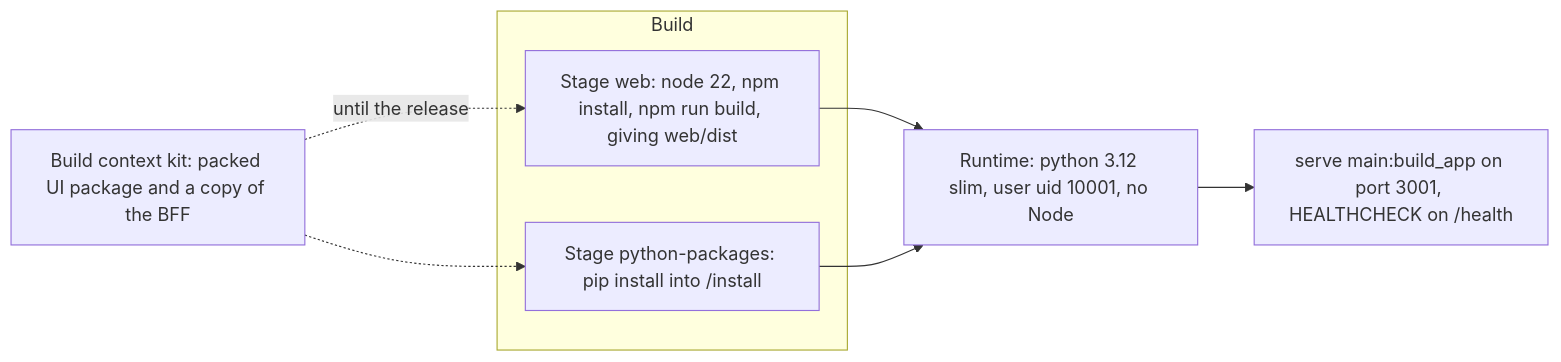
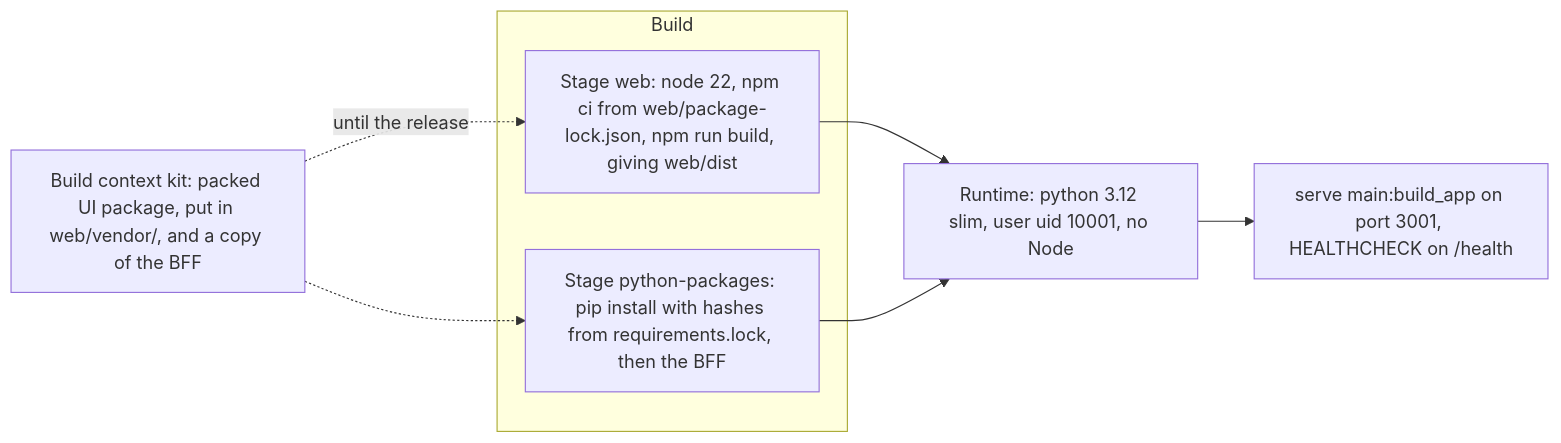
Before and after one commit to eneo-ai/eneo-module-kit: diagram 11 of 13 in docs/architecture.md, drawn with Mermaid. The commit also changed 5 other files, not shown here.

Commit message:
docs: the template's locks and vendor flow, the Node ranges, and React Router's Link passed as it is

````diff
--- a/docs/architecture.md
+++ b/docs/architecture.md
@@ -277,12 +277,12 @@
 ```mermaid
 flowchart LR
   subgraph build["Build"]
-    web["Stage web: node 22, npm install, npm run build, giving web/dist"]
-    pkgs["Stage python-packages: pip install into /install"]
+    web["Stage web: node 22, npm ci from web/package-lock.json, npm run build, giving web/dist"]
+    pkgs["Stage python-packages: pip install with hashes from requirements.lock, then the BFF"]
   end
-  kit["Build context kit: packed UI package and a copy of the BFF"] -.->|"until the release"| web
+  kit["Build context kit: packed UI package, put in web/vendor/, and a copy of the BFF"] -.->|"until the release"| web
   kit -.-> pkgs
   web --> run["Runtime: python 3.12 slim, user uid 10001, no Node"]
   pkgs --> run
   run --> cmd["serve main:build_app on port 3001, HEALTHCHECK on /health"]
 ```
````
